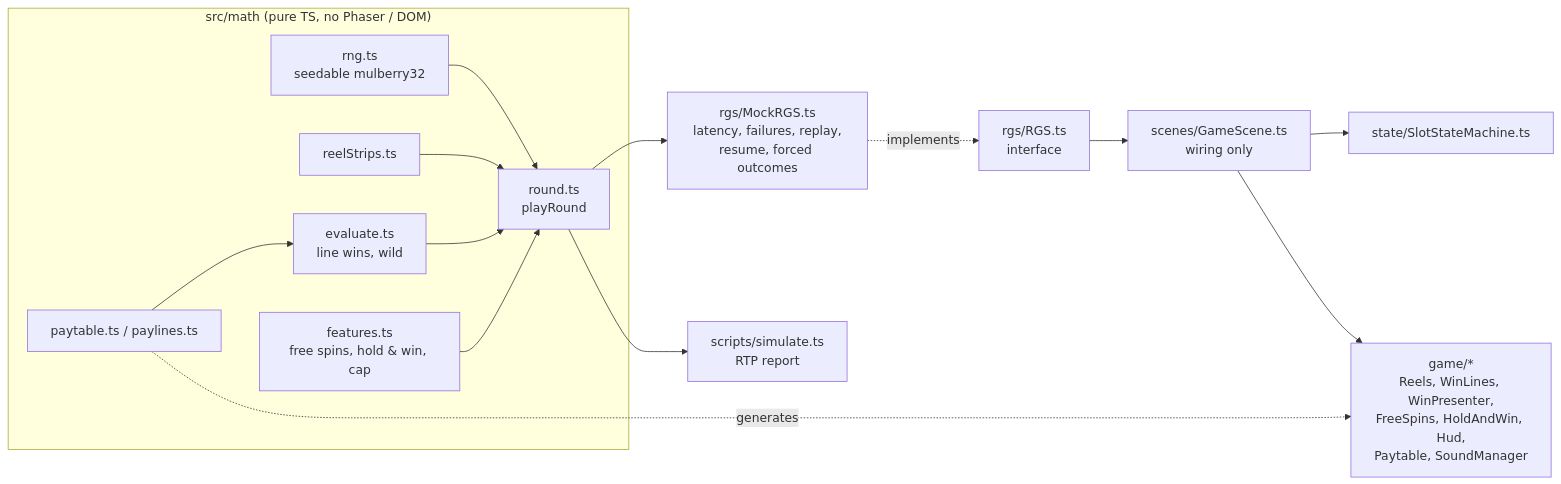
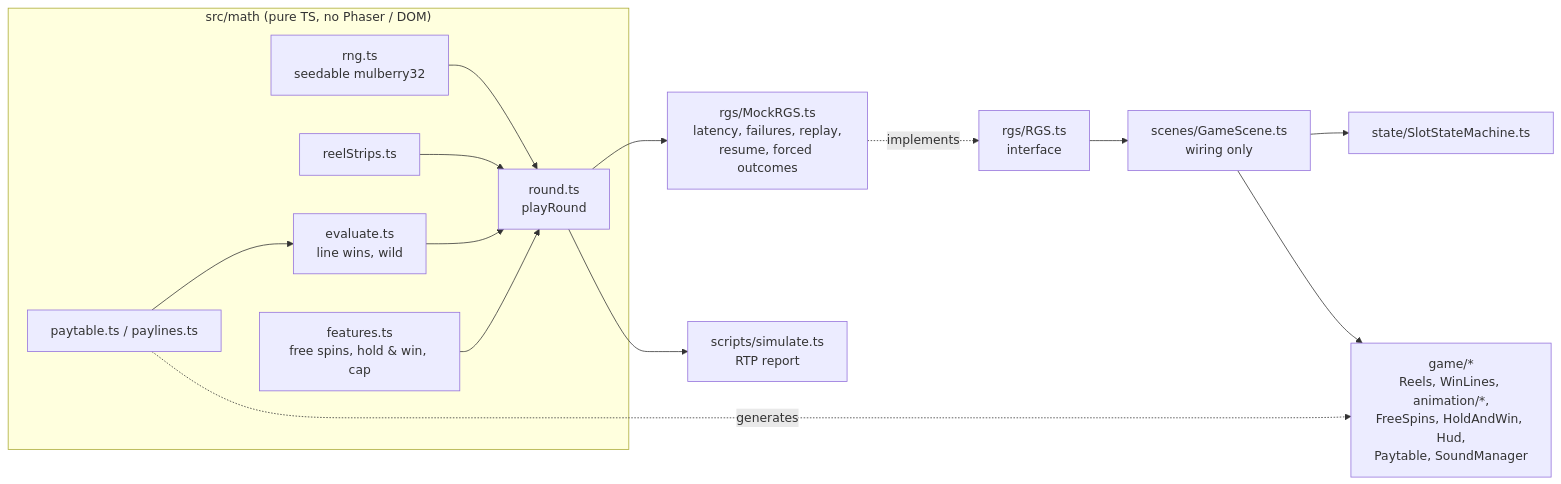
Before and after one commit to minterwelon-dev/Parol-Nights--Slots-Game: the first of 2 diagrams in README.md, drawn with Mermaid. The commit also changed other lines of this file and 59 other files, not shown here.

````diff
--- a/README.md
+++ b/README.md
@@ -25,17 +25,17 @@
 ```mermaid
 flowchart LR
   subgraph Pure["src/math (pure TS, no Phaser / DOM)"]
     RNG[rng.ts<br/>seedable mulberry32] --> ROUND[round.ts<br/>playRound]
     STRIPS[reelStrips.ts] --> ROUND
     EVAL[evaluate.ts<br/>line wins, wild] --> ROUND
     FEAT[features.ts<br/>free spins, hold & win, cap] --> ROUND
     PAY[paytable.ts / paylines.ts] --> EVAL
   end
   ROUND --> MOCK[rgs/MockRGS.ts<br/>latency, failures, replay,<br/>resume, forced outcomes]
   ROUND --> SIM[scripts/simulate.ts<br/>RTP report]
   MOCK -. implements .-> IFACE[rgs/RGS.ts<br/>interface]
   IFACE --> SCENE[scenes/GameScene.ts<br/>wiring only]
   SCENE --> FSM[state/SlotStateMachine.ts]
-  SCENE --> MODS[game/*<br/>Reels, WinLines, WinPresenter,<br/>FreeSpins, HoldAndWin, Hud,<br/>Paytable, SoundManager]
+  SCENE --> MODS[game/*<br/>Reels, WinLines, animation/*,<br/>FreeSpins, HoldAndWin, Hud,<br/>Paytable, SoundManager]
   PAY -. generates .-> MODS
 ```
````
